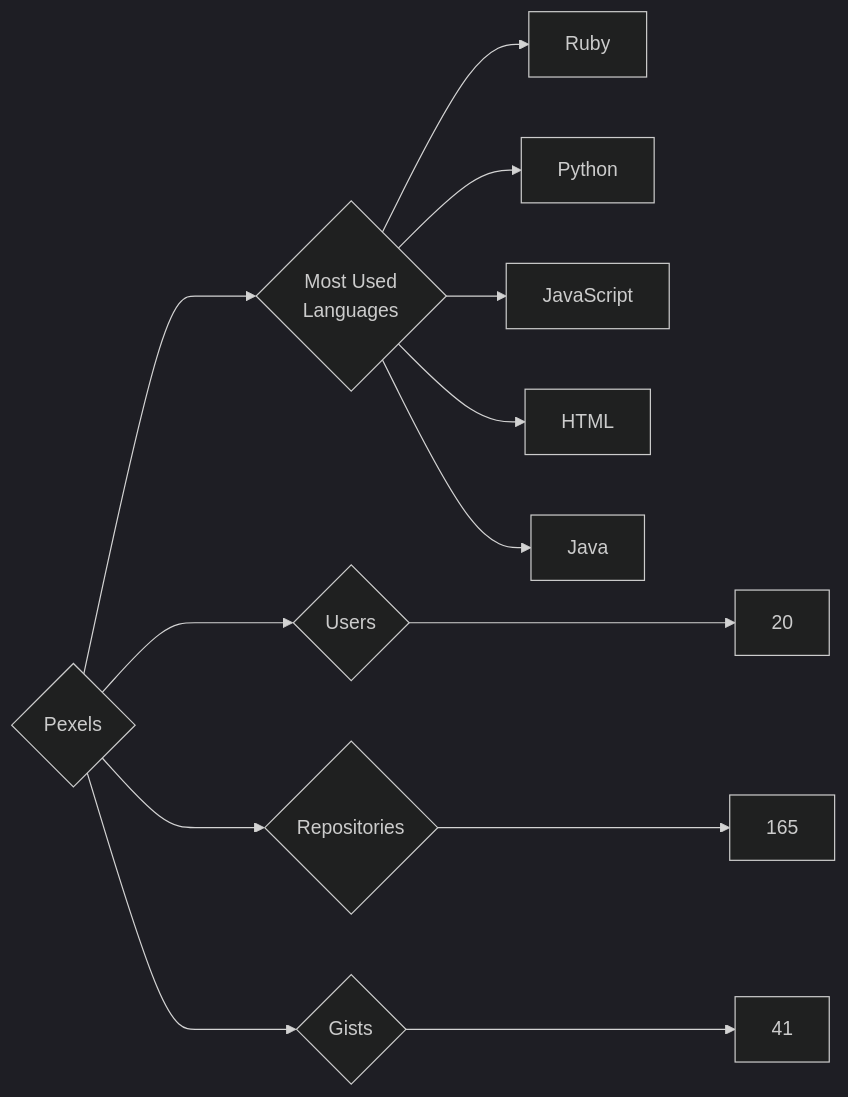
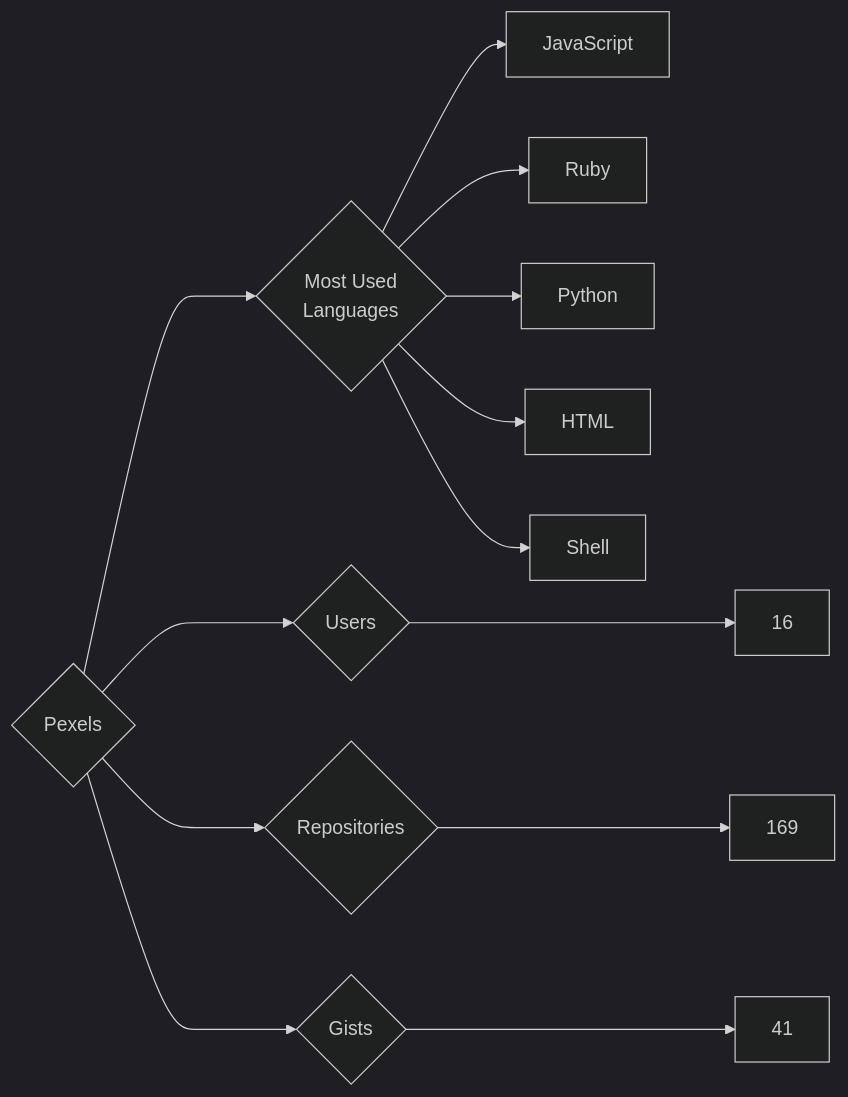
Before and after one commit to trickest/insiders: the diagram in targets/Pexels/README.md, drawn with Mermaid (dark theme). The commit also changed 1484 other files, not shown here.

````diff
--- a/targets/Pexels/README.md
+++ b/targets/Pexels/README.md
@@ -3,13 +3,13 @@
 ```mermaid
 graph LR
 COMPANY_NAME{Pexels}
-COMPANY_NAME ---> U{Users} ---> UN[20]
-COMPANY_NAME ---> R{Repositories} ---> RN[165]
+COMPANY_NAME ---> U{Users} ---> UN[16]
+COMPANY_NAME ---> R{Repositories} ---> RN[169]
 COMPANY_NAME ---> G{Gists} ---> GN[41]
 COMPANY_NAME ---> ML{Most Used<br>Languages}
+ML --> JavaScript[JavaScript]
 ML --> Ruby[Ruby]
 ML --> Python[Python]
-ML --> JavaScript[JavaScript]
 ML --> HTML[HTML]
-ML --> Java[Java]
+ML --> Shell[Shell]
 ```
````
